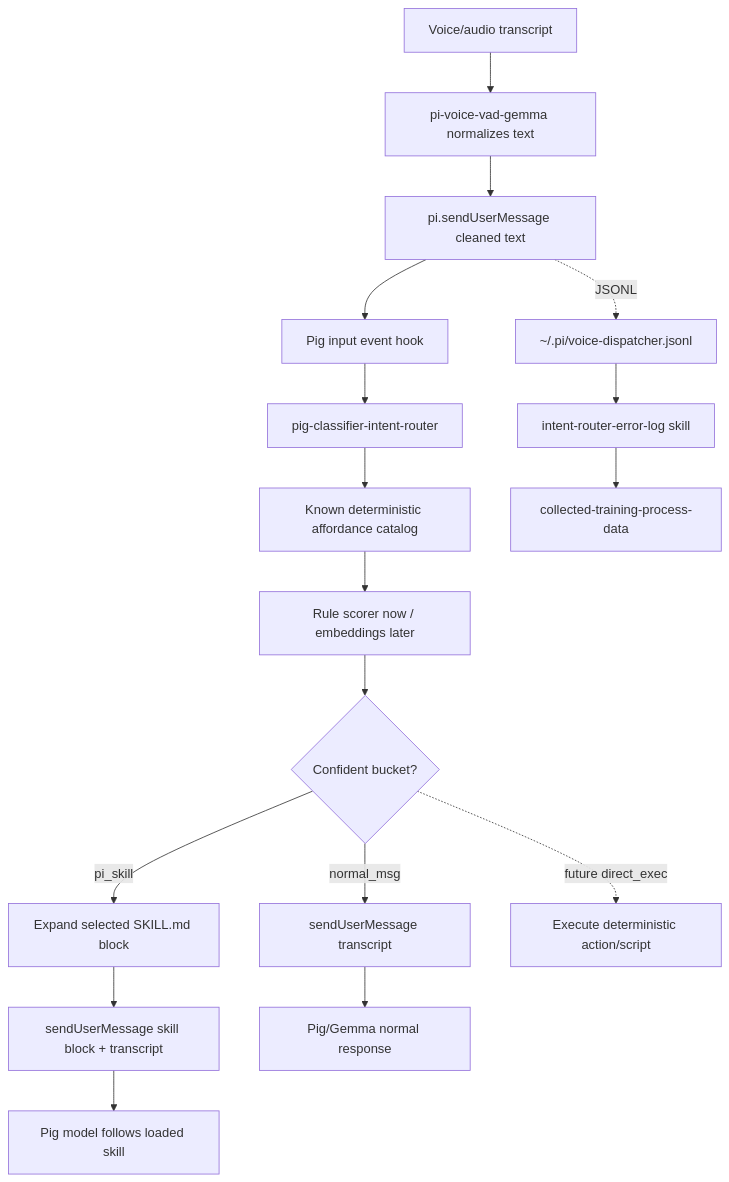
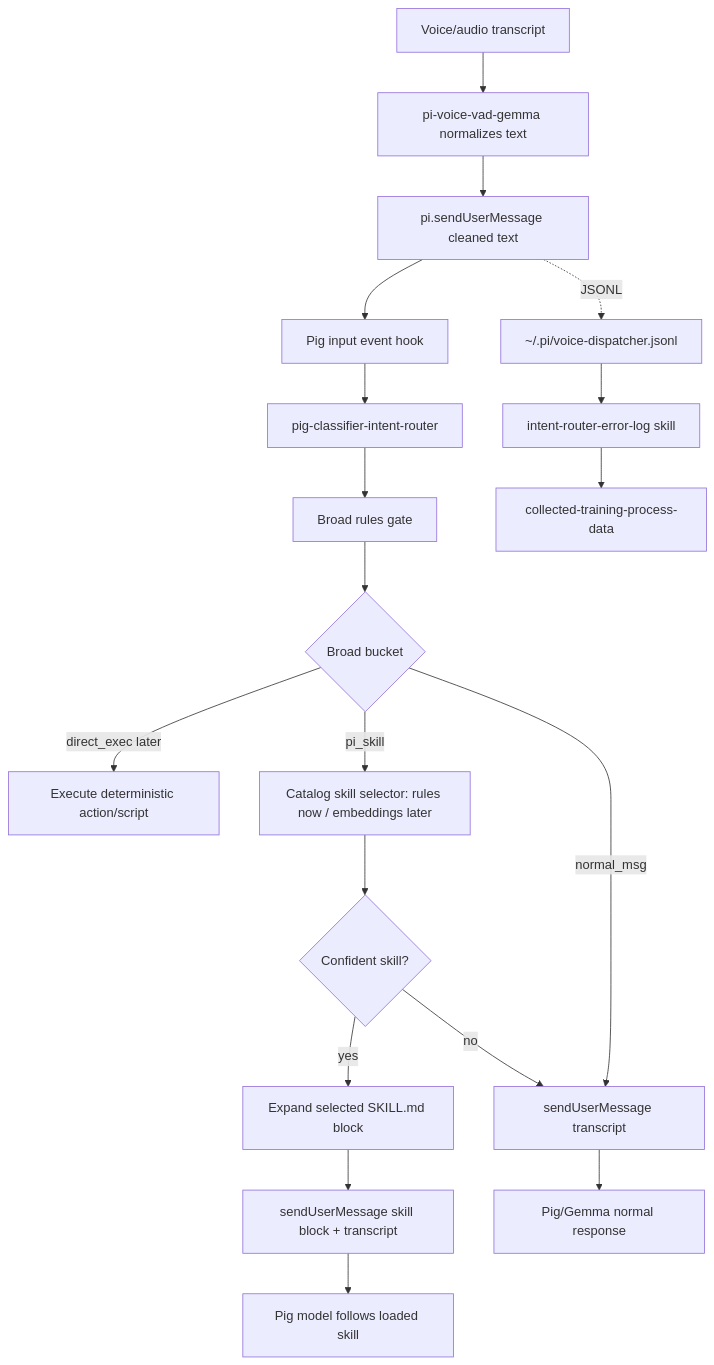
Before and after one commit to ptkmegacorp/pig-classifier-intent-router: the diagram in docs/flow.md, drawn with Mermaid. The commit also changed 2 other files, not shown here.

Commit message:
Refactor router into broad gate and skill selector

````diff
--- a/docs/flow.md
+++ b/docs/flow.md
@@ -3,19 +3,21 @@
 ```mermaid
 flowchart TD
     A[Voice/audio transcript] --> B[pi-voice-vad-gemma normalizes text]
     B --> C[pi.sendUserMessage cleaned text]
     C --> D0[Pig input event hook]
     D0 --> D[pig-classifier-intent-router]
-    D --> E0[Known deterministic affordance catalog]
-    E0 --> E[Rule scorer now / embeddings later]
-    E --> F{Confident bucket?}
-    F -- pi_skill --> G[Expand selected SKILL.md block]
+    D --> E0[Broad rules gate]
+    E0 --> E1{Broad bucket}
+    E1 -- normal_msg --> I[sendUserMessage transcript]
+    E1 -- direct_exec later --> J[Execute deterministic action/script]
+    E1 -- pi_skill --> E[Catalog skill selector: rules now / embeddings later]
+    E --> F{Confident skill?}
+    F -- yes --> G[Expand selected SKILL.md block]
+    F -- no --> I
     G --> H[sendUserMessage skill block + transcript]
-    F -- normal_msg --> I[sendUserMessage transcript]
-    F -. future direct_exec .-> J[Execute deterministic action/script]
     H --> K[Pig model follows loaded skill]
     I --> L[Pig/Gemma normal response]
     C -. JSONL .-> M[~/.pi/voice-dispatcher.jsonl]
     M --> N[intent-router-error-log skill]
     N --> O[collected-training-process-data]
 ```
````
